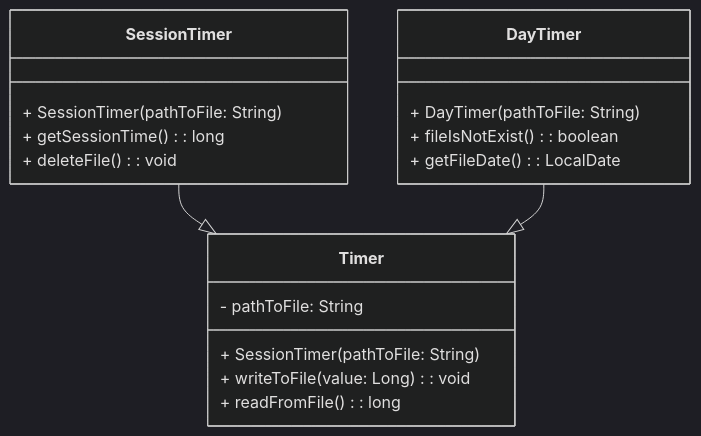
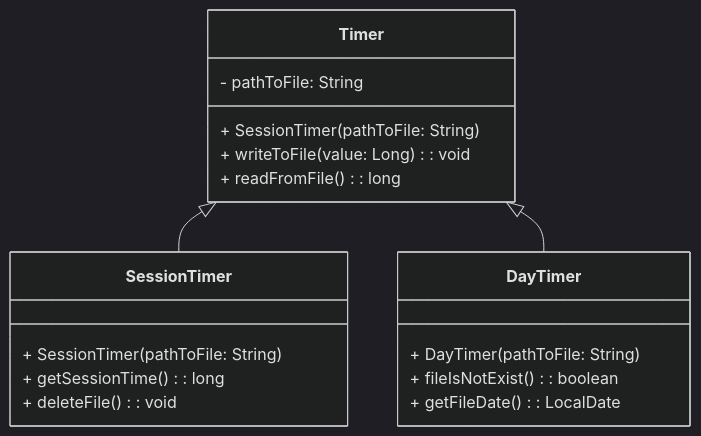
One commit to AlexandrAnatoliev/jvim-plugins changed the third of 4 diagrams in jvim-timer/README.md. Above: the diagram before and after it, drawn with Mermaid (dark theme). The commit also changed other lines of this file, not shown here.

Commit message:
docs(jvim-timer): update README file
version 0.1.11

````diff
--- a/jvim-timer/README.md
+++ b/jvim-timer/README.md
@@ -334,25 +334,25 @@
 ```mermaid
 classDiagram
   
   class Timer {
     - pathToFile: String
     + SessionTimer(pathToFile: String)
     + writeToFile(value: Long): void
     + readFromFile(): long
   }
 
   class SessionTimer {
     + SessionTimer(pathToFile: String)
     + getSessionTime(): long
     + deleteFile(): void
   }
 
   class DayTimer {
     + DayTimer(pathToFile: String)
     + fileIsNotExist(): boolean
     + getFileDate(): LocalDate
   }
 
-  SessionTimer --|> Timer 
-  DayTimer --|> Timer
+  Timer <|-- SessionTimer  
+  Timer <|-- DayTimer
 ```
````
